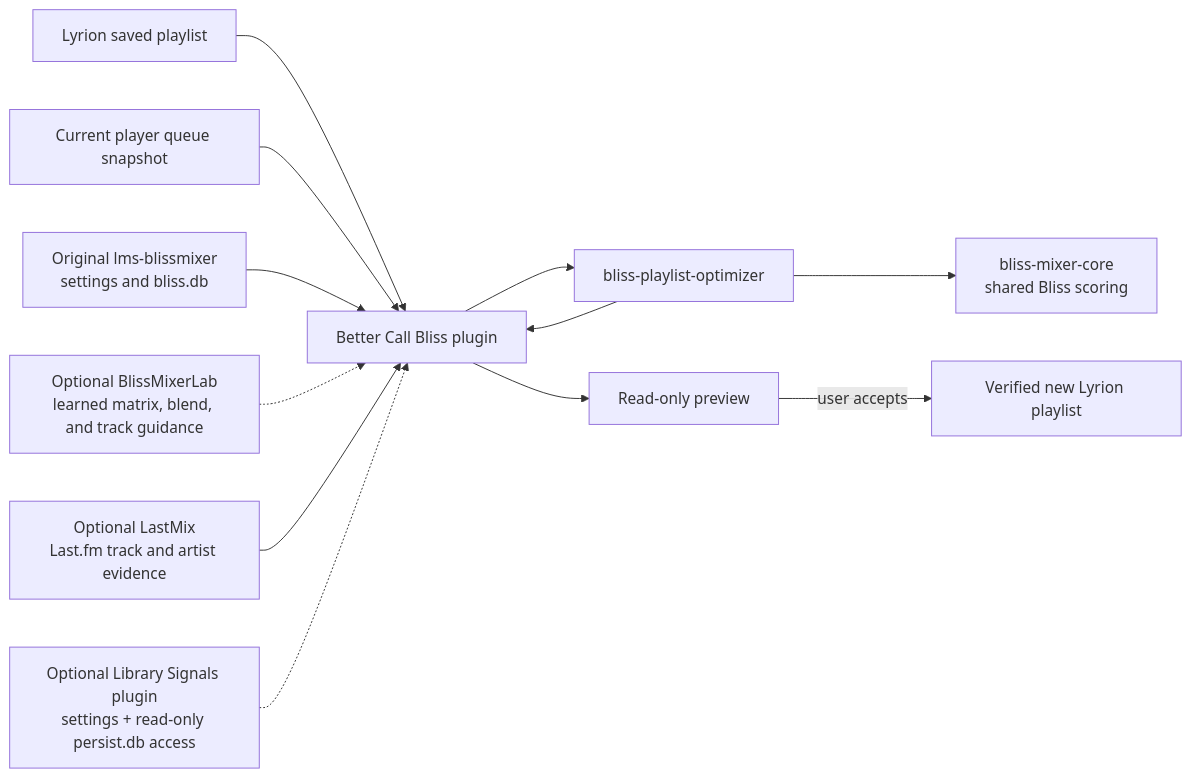
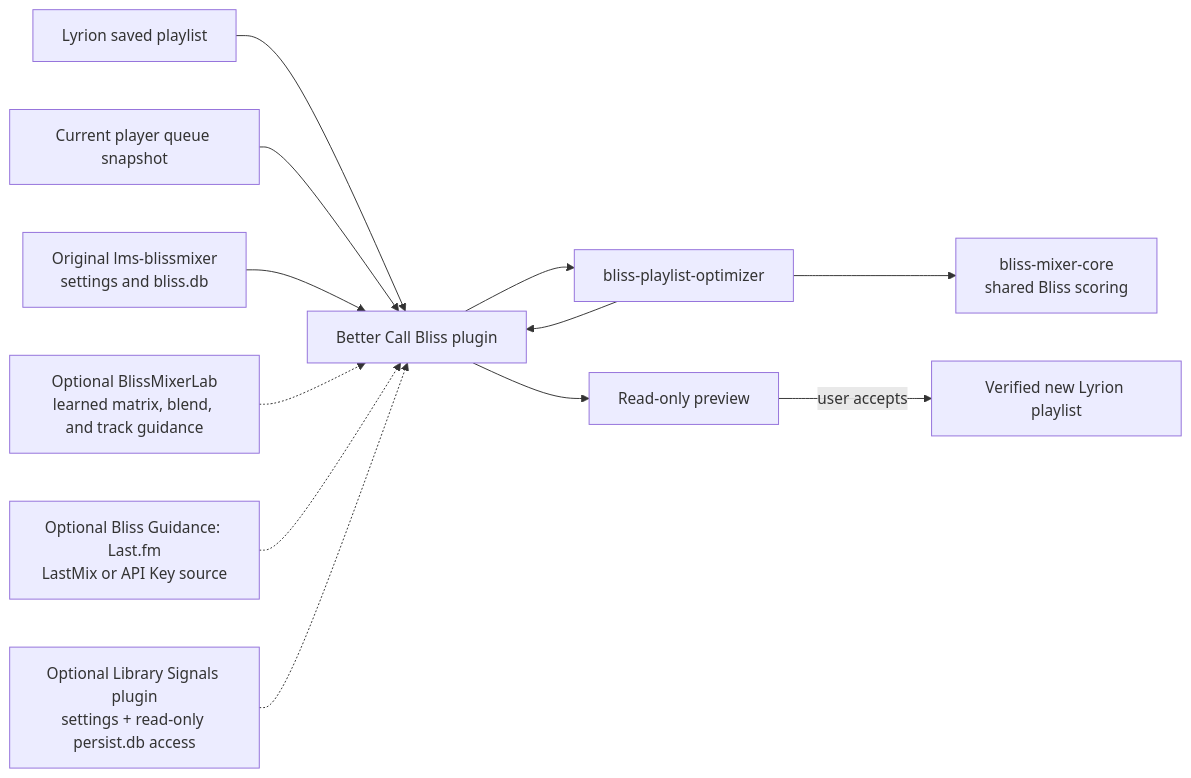
Before and after one commit to chrober/lms-better-call-bliss: the diagram in README.md, drawn with Mermaid. The commit also changed other lines of this file and 7 other files, not shown here.

Commit message:
docs: make Last.fm guidance provider-owned

```diff
--- a/README.md
+++ b/README.md
@@ -190,14 +188,14 @@
 ~~~mermaid
 flowchart LR
     LMS["Lyrion saved playlist"] --> P["Better Call Bliss plugin"]
     Q["Current player queue snapshot"] --> P
     BM["Original lms-blissmixer<br/>settings and bliss.db"] --> P
     BME["Optional BlissMixerLab<br/>learned matrix, blend, and track guidance"] -.-> P
-    LM["Optional LastMix<br/>Last.fm track and artist evidence"] --> P
+    LF["Optional Bliss Guidance: Last.fm<br/>LastMix or API Key source"] -.-> P
     LS["Optional Library Signals plugin<br/>settings + read-only persist.db access"] -.-> P
     P --> O["bliss-playlist-optimizer"]
     O --> C["bliss-mixer-core<br/>shared Bliss scoring"]
     O --> P
     P --> V["Read-only preview"]
     V -->|"user accepts"| N["Verified new Lyrion playlist"]
 ~~~
```
